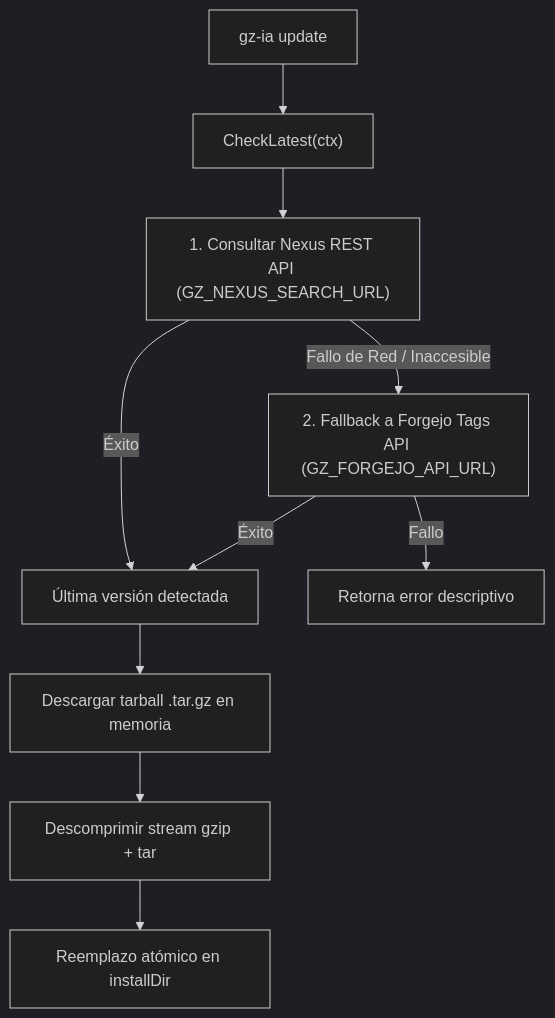
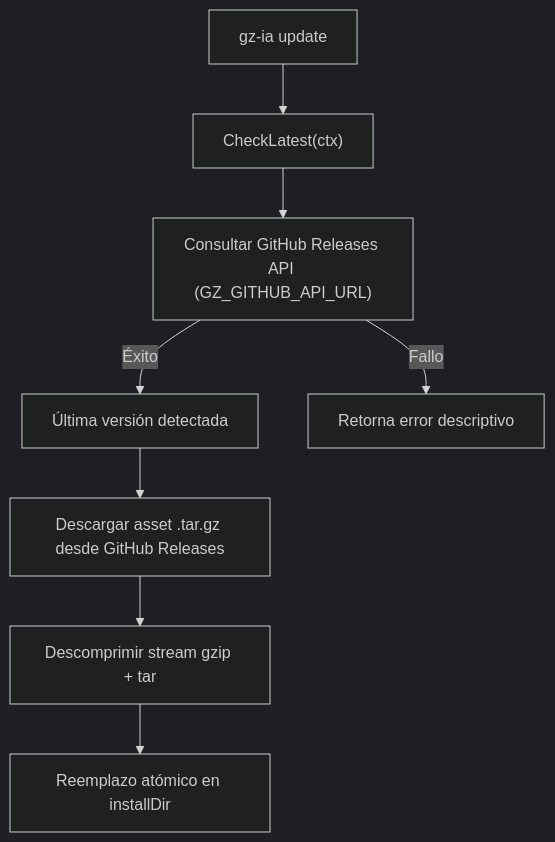
Before and after one commit to GountzJs/gountz-ia: the third of 3 diagrams in docs/architecture/contracts.md, drawn with Mermaid (dark theme). The commit also changed other lines of this file and 16 other files, not shown here.

Commit message:
feat: add root README, MIT license and switch updater to GitHub Releases

````diff
--- a/docs/architecture/contracts.md
+++ b/docs/architecture/contracts.md
@@ -488,13 +488,11 @@
 ```mermaid
 flowchart TD
     Update["gz-ia update"] --> Check["CheckLatest(ctx)"]
-    Check --> Nexus["1. Consultar Nexus REST API (GZ_NEXUS_SEARCH_URL)"]
-    Nexus -->|Éxito| Found["Última versión detectada"]
-    Nexus -->|Fallo de Red / Inaccesible| Forgejo["2. Fallback a Forgejo Tags API (GZ_FORGEJO_API_URL)"]
-    Forgejo -->|Éxito| Found
-    Forgejo -->|Fallo| Err["Retorna error descriptivo"]
+    Check --> GH["Consultar GitHub Releases API (GZ_GITHUB_API_URL)"]
+    GH -->|Éxito| Found["Última versión detectada"]
+    GH -->|Fallo| Err["Retorna error descriptivo"]
     
-    Found --> Download["Descargar tarball .tar.gz en memoria"]
+    Found --> Download["Descargar asset .tar.gz desde GitHub Releases"]
     Download --> Stream["Descomprimir stream gzip + tar"]
     Stream --> Replace["Reemplazo atómico en installDir"]
 ```
````
